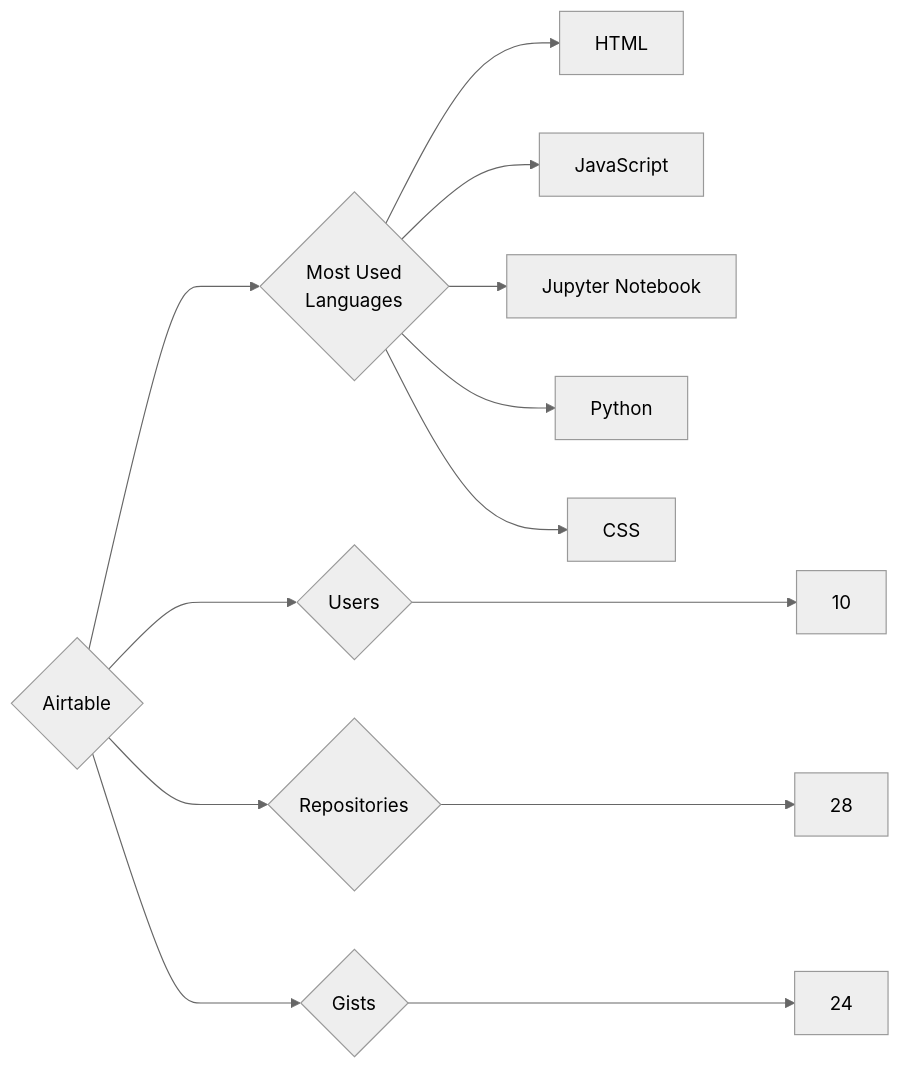
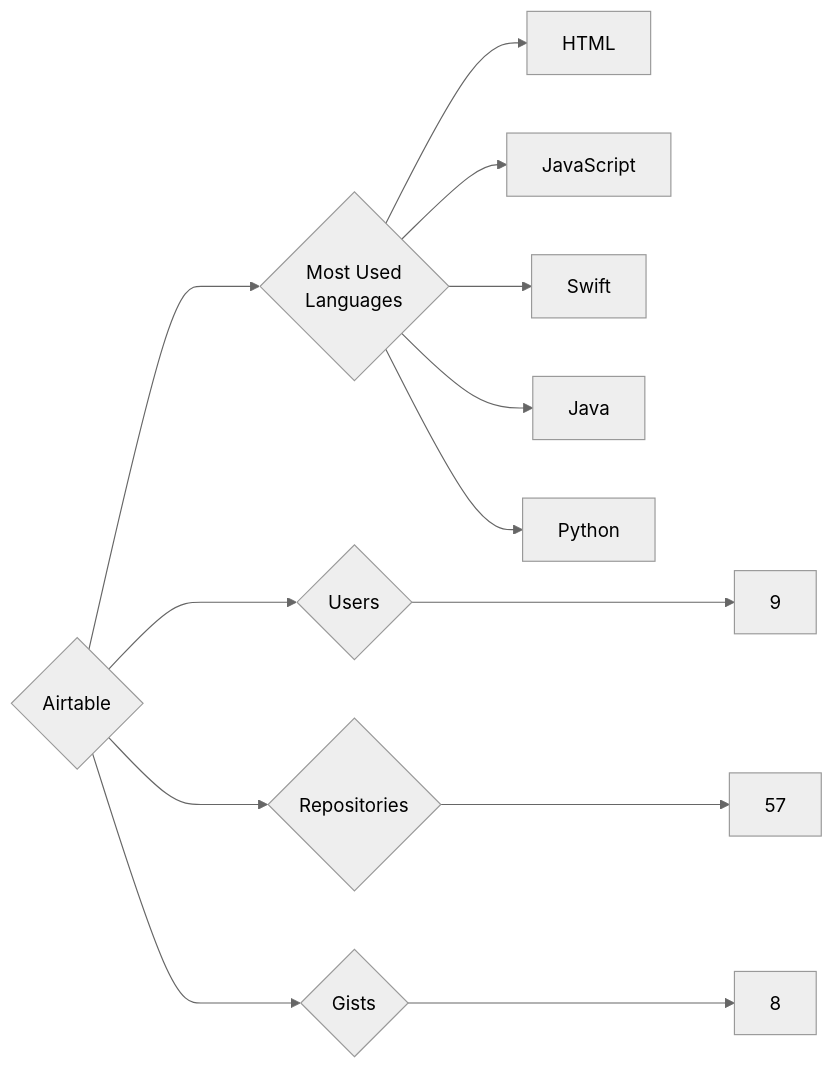
One commit to trickest/insiders changed the diagram in targets/Airtable/README.md. Above: the diagram before and after it, drawn with Mermaid (neutral theme). The commit also changed 1123 other files, not shown here.

````diff
--- a/targets/Airtable/README.md
+++ b/targets/Airtable/README.md
@@ -3,13 +3,13 @@
 ```mermaid
 graph LR
 COMPANY_NAME{Airtable}
-COMPANY_NAME ---> U{Users} ---> UN[10]
-COMPANY_NAME ---> R{Repositories} ---> RN[28]
-COMPANY_NAME ---> G{Gists} ---> GN[24]
+COMPANY_NAME ---> U{Users} ---> UN[9]
+COMPANY_NAME ---> R{Repositories} ---> RN[57]
+COMPANY_NAME ---> G{Gists} ---> GN[8]
 COMPANY_NAME ---> ML{Most Used<br>Languages}
 ML --> HTML[HTML]
 ML --> JavaScript[JavaScript]
-ML --> Jupyter_Notebook[Jupyter Notebook]
+ML --> Swift[Swift]
+ML --> Java[Java]
 ML --> Python[Python]
-ML --> CSS[CSS]
 ```
````
